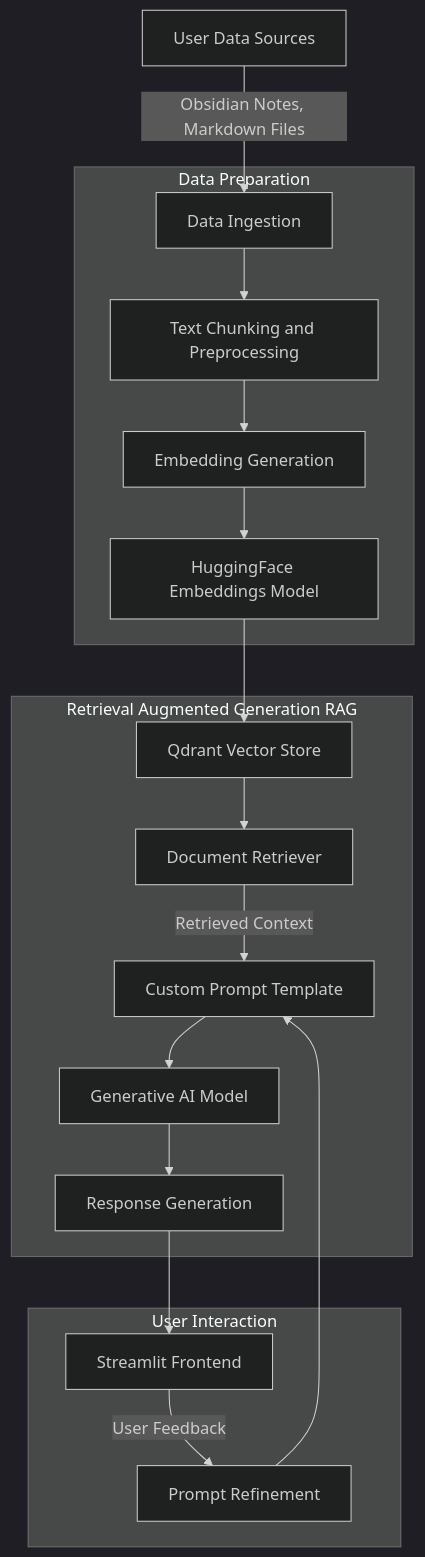
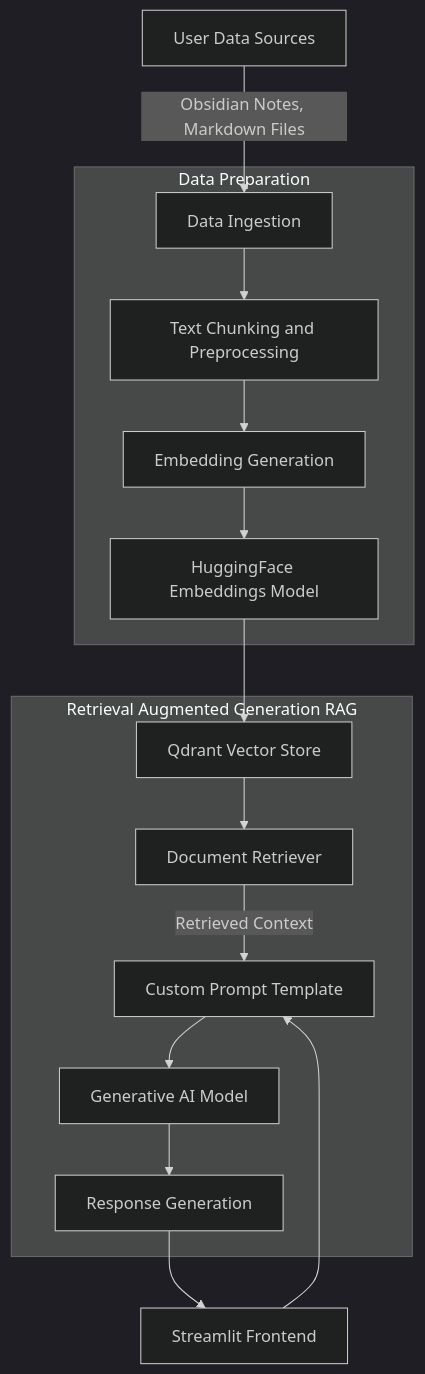
The diagram in documentation.md (Srikar-V675/memo-mind), drawn with Mermaid (dark theme) before and after one commit. The commit also changed other lines of this file and 3 other files, not shown here.

````diff
--- a/documentation.md
+++ b/documentation.md
@@ -7,47 +21,40 @@
 ```mermaid
 flowchart TD
     %% Data Ingestion and Preprocessing
     A[User Data Sources] --> |Obsidian Notes, Markdown Files| B[Data Ingestion]
     B --> C[Text Chunking and Preprocessing]
     C --> D[Embedding Generation]
     
     %% Embedding and Vector Store
     D --> E[HuggingFace Embeddings Model]
     E --> F[Qdrant Vector Store]
     
     %% Retrieval
     F --> G[Document Retriever]
     
     %% LLM Processing
     G --> |Retrieved Context| H[Custom Prompt Template]
     H --> I[Generative AI Model]
     I --> J[Response Generation]
     
     %% User Interface
     J --> K[Streamlit Frontend]
     
-    %% Feedback Loop
-    K --> |User Feedback| L[Prompt Refinement]
-    L --> H
+    K --> H[Custom Prompt Template]
 
     %% Labels for clarity
     subgraph Data Preparation
         B
         C
         D
         E
     end
     
     subgraph Retrieval Augmented Generation RAG
         F
         G
         H
         I
         J
     end
-    
-    subgraph User Interaction
-        K
-        L
-    end
 ```
````
